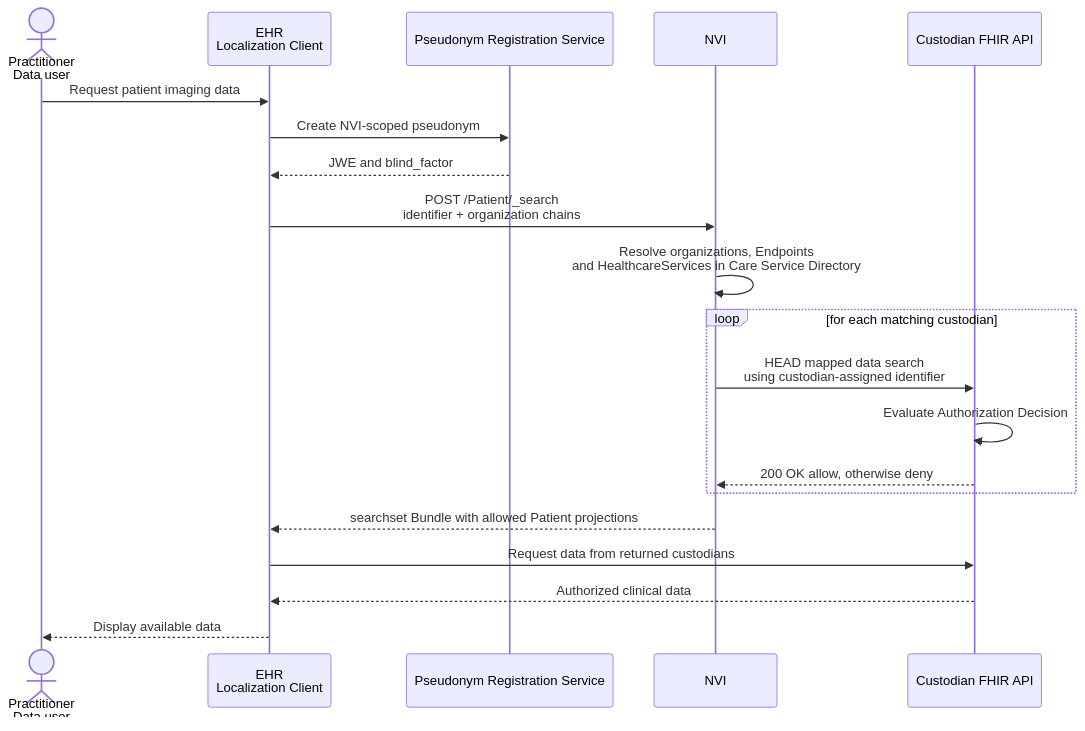
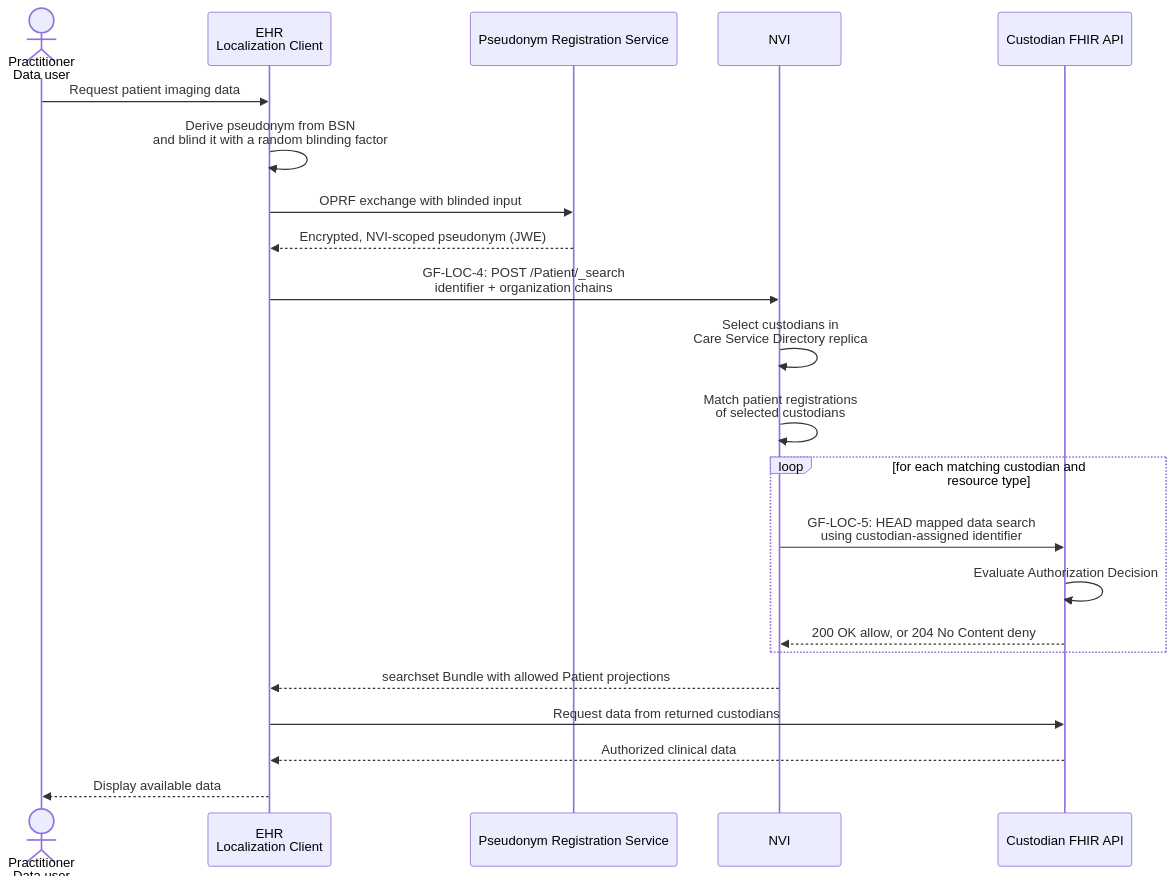
The third of 3 diagrams in input/pagecontent/localization.md (minvws/generiekefuncties-docs), drawn with Mermaid before and after one commit. The commit also changed other lines of this file and 1 other file, not shown here.

````diff
--- a/input/pagecontent/localization.md
+++ b/input/pagecontent/localization.md
@@ -317,23 +428,25 @@
 ```mermaid
 sequenceDiagram
     actor doctor as Practitioner<br/>Data user
     participant ehr as EHR<br/>Localization Client
     participant prs as Pseudonym Registration Service
     participant nvi as NVI
     participant holder as Custodian FHIR API
 
     doctor->>ehr: Request patient imaging data
-    ehr->>prs: Create NVI-scoped pseudonym
-    prs-->>ehr: JWE and blind_factor
-    ehr->>nvi: POST /Patient/_search<br/>identifier + organization chains
-    nvi->>nvi: Resolve organizations, Endpoints<br/>and HealthcareServices in Care Service Directory
-    loop for each matching custodian
-        nvi->>holder: HEAD mapped data search<br/>using custodian-assigned identifier
+    ehr->>ehr: Derive pseudonym from BSN<br/>and blind it with a random blinding factor
+    ehr->>prs: OPRF exchange with blinded input
+    prs-->>ehr: Encrypted, NVI-scoped pseudonym (JWE)
+    ehr->>nvi: GF-LOC-4: POST /Patient/_search<br/>identifier + organization chains
+    nvi->>nvi: Select custodians in<br/>Care Service Directory replica
+    nvi->>nvi: Match patient registrations<br/>of selected custodians
+    loop for each matching custodian and resource type
+        nvi->>holder: GF-LOC-5: HEAD mapped data search<br/>using custodian-assigned identifier
         holder->>holder: Evaluate Authorization Decision
-        holder-->>nvi: 200 OK allow, otherwise deny
+        holder-->>nvi: 200 OK allow, or 204 No Content deny
     end
     nvi-->>ehr: searchset Bundle with allowed Patient projections
     ehr->>holder: Request data from returned custodians
     holder-->>ehr: Authorized clinical data
     ehr-->>doctor: Display available data
 ```
````
